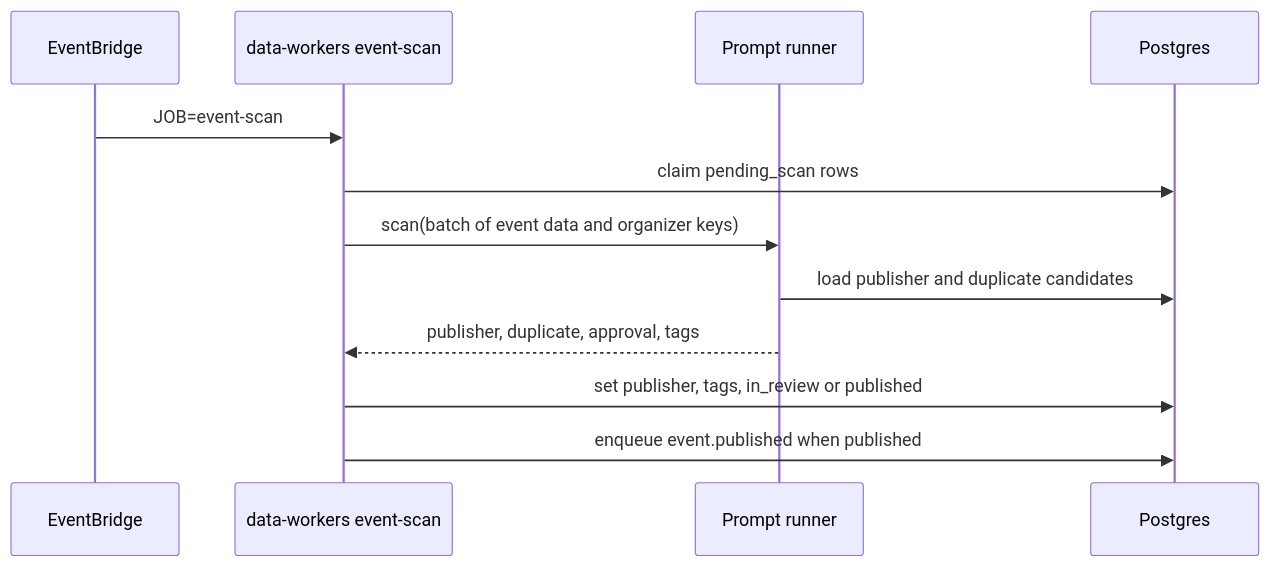
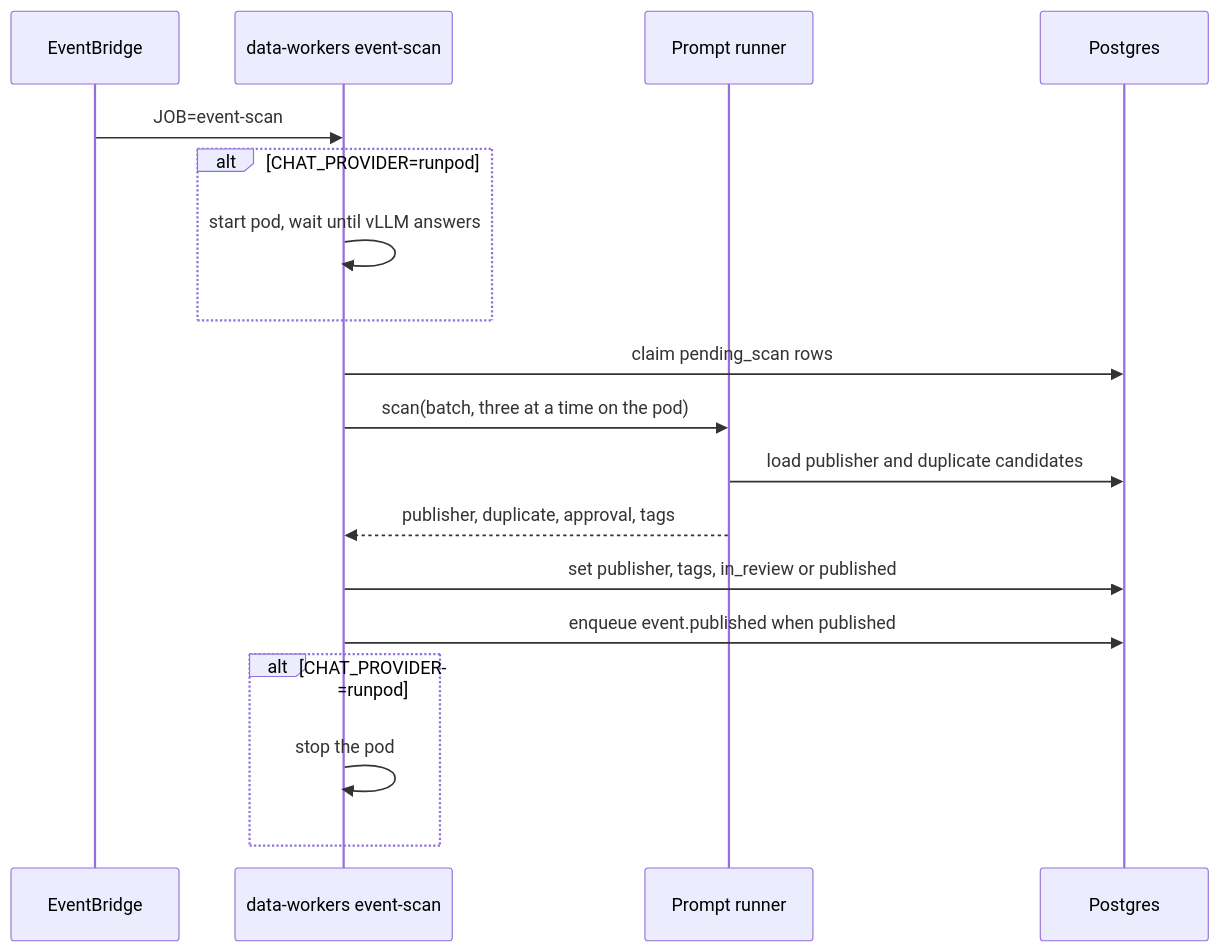
One commit to BradleySmallbottoms/evently changed the diagram in docs/flows/event-scan.md. Above: the diagram before and after it, drawn with Mermaid. The commit also changed other lines of this file and 51 other files, not shown here.

````diff
--- a/docs/flows/event-scan.md
+++ b/docs/flows/event-scan.md
@@ -50,15 +54,21 @@
 ```mermaid
 sequenceDiagram
   participant Scheduler as EventBridge
   participant Job as data-workers event-scan
   participant Runner as Prompt runner
   participant DB as Postgres
 
   Scheduler->>Job: JOB=event-scan
+  alt CHAT_PROVIDER=runpod
+    Job->>Job: start pod, wait until vLLM answers
+  end
   Job->>DB: claim pending_scan rows
-  Job->>Runner: scan(batch of event data and organizer keys)
+  Job->>Runner: scan(batch, three at a time on the pod)
   Runner->>DB: load publisher and duplicate candidates
   Runner-->>Job: publisher, duplicate, approval, tags
   Job->>DB: set publisher, tags, in_review or published
   Job->>DB: enqueue event.published when published
+  alt CHAT_PROVIDER=runpod
+    Job->>Job: stop the pod
+  end
 ```
````
